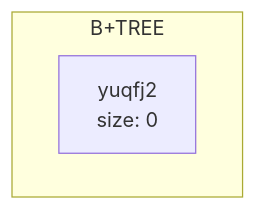
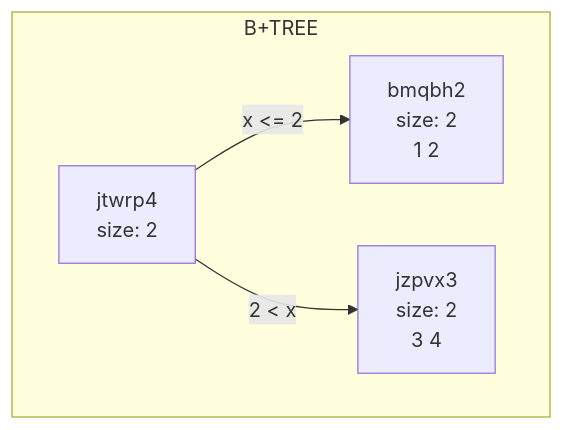
One commit to kjain1810/B-Trees changed the first of 2 diagrams in data/chart.md. Above: the diagram before and after it, drawn with Mermaid. The commit also changed other lines of this file and 4 other files, not shown here.

````diff
--- a/data/chart.md
+++ b/data/chart.md
@@ -1,6 +1,10 @@
 ```mermaid
 graph TD
 subgraph B+TREE
-yuqfj2[yuqfj2<br/>size: 0<br/>]
+jtwrp4[jtwrp4<br/>size: 2<br/>]
+bmqbh2[bmqbh2<br/>size: 2<br/>1 2 ]
+jtwrp4-->|x <= 2|bmqbh2
+jzpvx3[jzpvx3<br/>size: 2<br/>3 4 ]
+jtwrp4-->|2 < x|jzpvx3
 end
 ```
````
